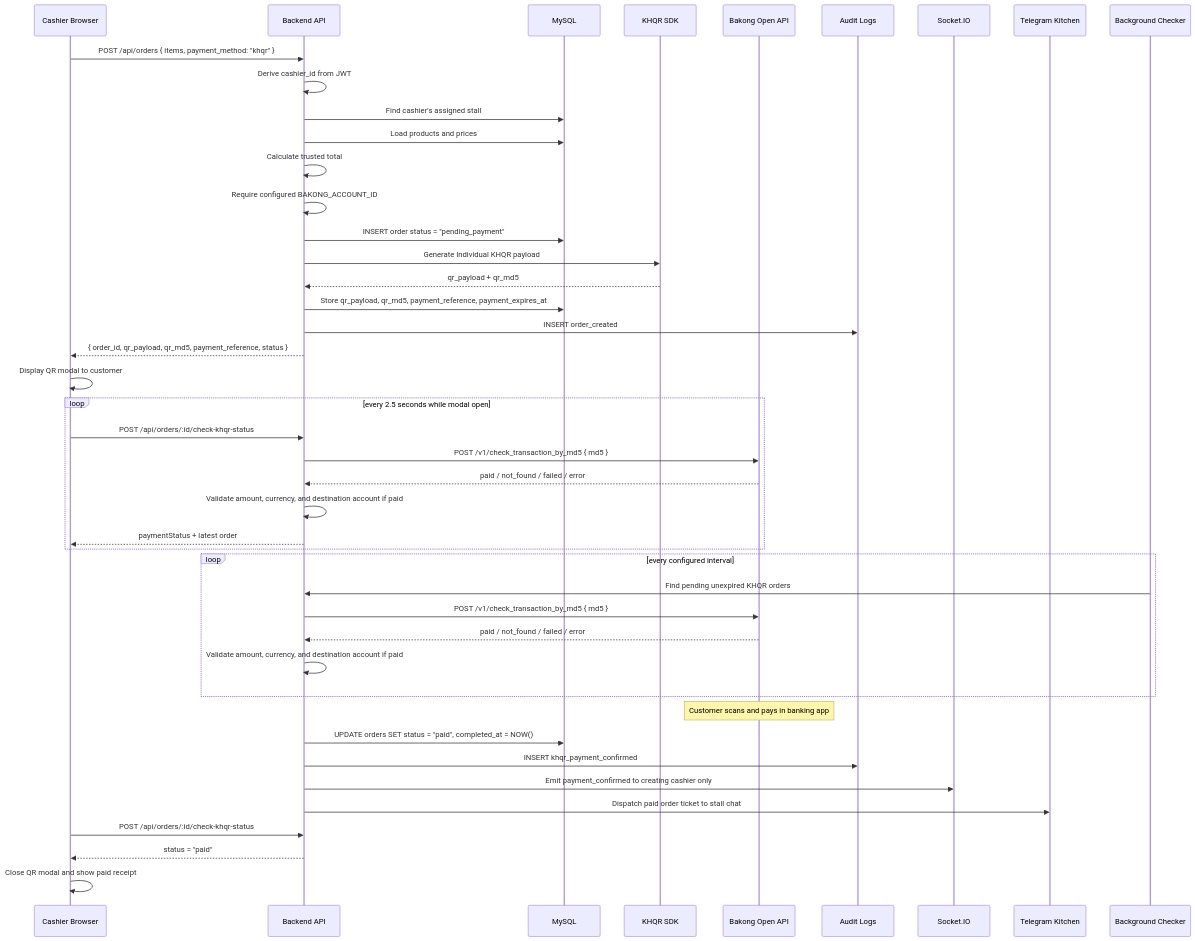
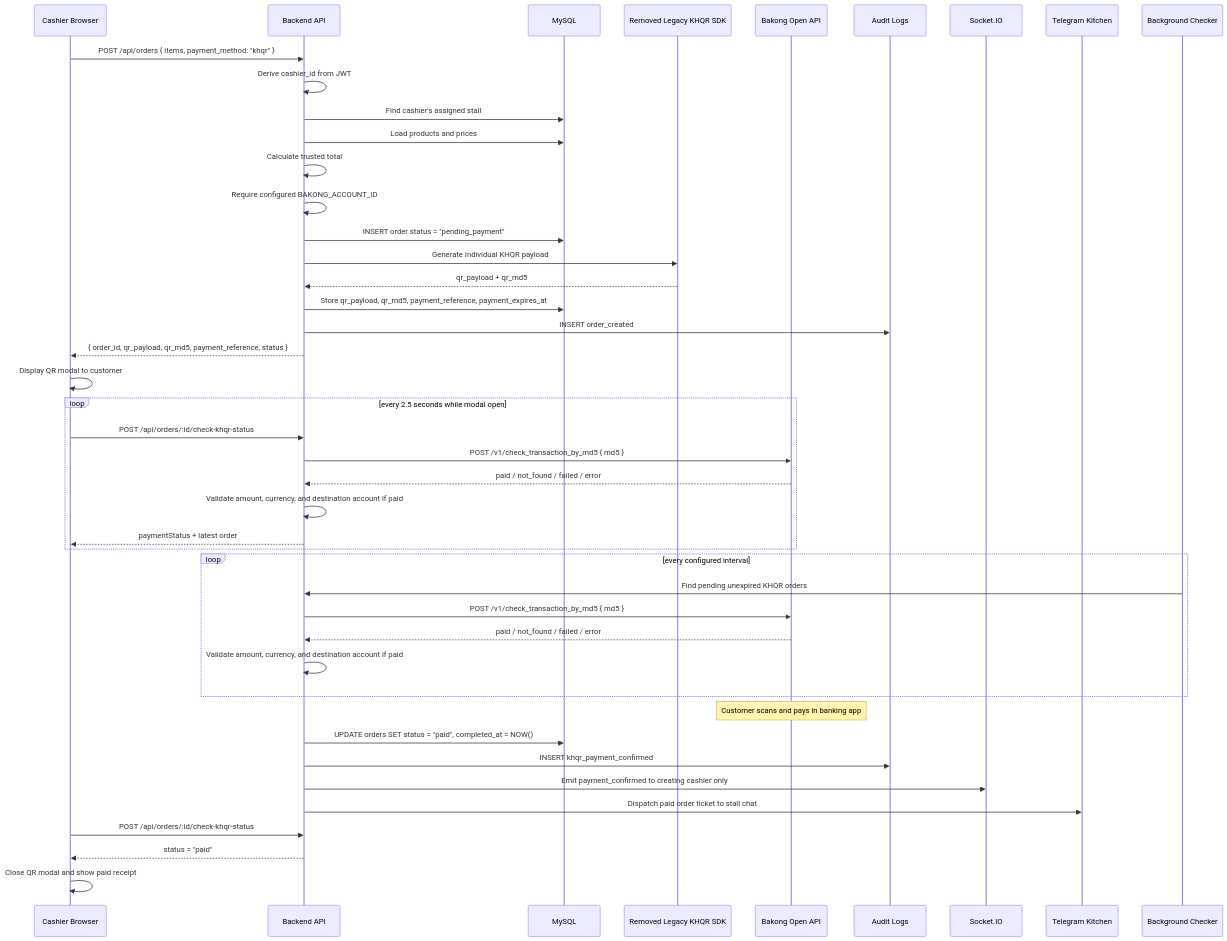
One commit to sothyvan/TOUB_POS changed the second of 2 diagrams in docs/design/payment-flow.md. Above: the diagram before and after it, drawn with Mermaid. The commit also changed other lines of this file and 18 other files, not shown here.

Commit message:
refactor: remove KHQR payment integration and legacy SDK

````diff
--- a/docs/design/payment-flow.md
+++ b/docs/design/payment-flow.md
@@ -74,50 +82,50 @@
 ```mermaid
 sequenceDiagram
     participant C as Cashier Browser
     participant API as Backend API
     participant DB as MySQL
-    participant KHQR as KHQR SDK
+    participant KHQR as Removed Legacy KHQR SDK
     participant B as Bakong Open API
     participant AUD as Audit Logs
     participant WS as Socket.IO
     participant TG as Telegram Kitchen
     participant BG as Background Checker
 
     C->>API: POST /api/orders { items, payment_method: "khqr" }
     API->>API: Derive cashier_id from JWT
     API->>DB: Find cashier's assigned stall
     API->>DB: Load products and prices
     API->>API: Calculate trusted total
     API->>API: Require configured BAKONG_ACCOUNT_ID
     API->>DB: INSERT order status = "pending_payment"
     API->>KHQR: Generate Individual KHQR payload
     KHQR-->>API: qr_payload + qr_md5
     API->>DB: Store qr_payload, qr_md5, payment_reference, payment_expires_at
     API->>AUD: INSERT order_created
     API-->>C: { order_id, qr_payload, qr_md5, payment_reference, status }
 
     C->>C: Display QR modal to customer
     loop every 2.5 seconds while modal open
       C->>API: POST /api/orders/:id/check-khqr-status
       API->>B: POST /v1/check_transaction_by_md5 { md5 }
       B-->>API: paid / not_found / failed / error
       API->>API: Validate amount, currency, and destination account if paid
       API-->>C: paymentStatus + latest order
     end
 
     loop every configured interval
       BG->>API: Find pending unexpired KHQR orders
       API->>B: POST /v1/check_transaction_by_md5 { md5 }
       B-->>API: paid / not_found / failed / error
       API->>API: Validate amount, currency, and destination account if paid
     end
 
     Note over B: Customer scans and pays in banking app
     API->>DB: UPDATE orders SET status = "paid", completed_at = NOW()
     API->>AUD: INSERT khqr_payment_confirmed
     API->>WS: Emit payment_confirmed to creating cashier only
     API->>TG: Dispatch paid order ticket to stall chat
     C->>API: POST /api/orders/:id/check-khqr-status
     API-->>C: status = "paid"
     C->>C: Close QR modal and show paid receipt
 ```
````
